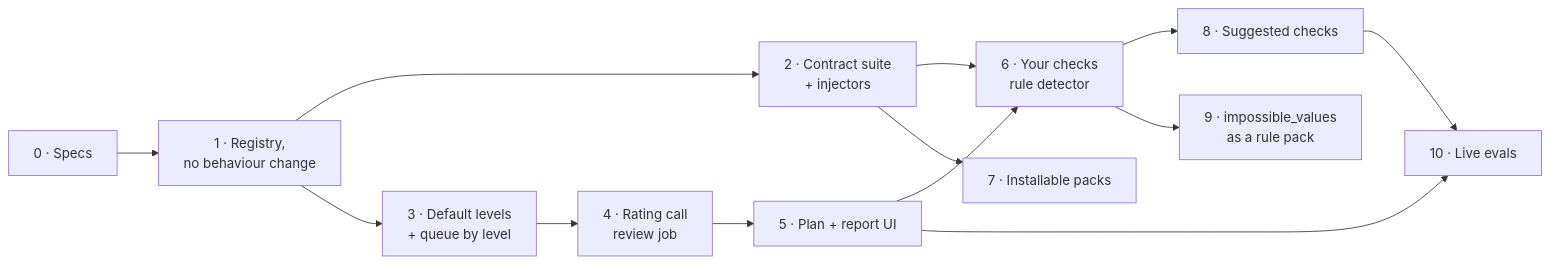
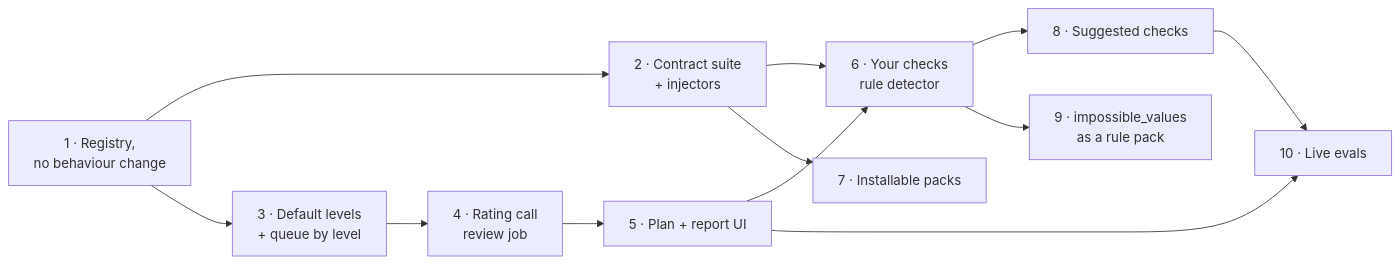
Before and after one commit to n1mk1/sherlock: diagram 16 of 16 in docs/plans/cleaner-detectors-and-severity.md, drawn with Mermaid. The commit also changed other lines of this file and 40 other files, not shown here.

First line of the commit message:
Add the detector registry and catalog, with no behaviour change (cleaner slice 1)

````diff
--- a/docs/plans/cleaner-detectors-and-severity.md
+++ b/docs/plans/cleaner-detectors-and-severity.md
@@ -887,15 +889,15 @@
 ```mermaid
 flowchart LR
-    S0[0 · Specs] --> S1["1 · Registry,<br/>no behaviour change"]
+    S1["1 · Registry,<br/>no behaviour change"]
     S1 --> S2["2 · Contract suite<br/>+ injectors"]
     S1 --> S3["3 · Default levels<br/>+ queue by level"]
     S3 --> S4["4 · Rating call<br/>review job"]
     S4 --> S5["5 · Plan + report UI"]
     S2 --> S6["6 · Your checks<br/>rule detector"]
     S5 --> S6
     S2 --> S7[7 · Installable packs]
     S6 --> S8[8 · Suggested checks]
     S6 --> S9["9 · impossible_values<br/>as a rule pack"]
     S5 --> S10[10 · Live evals]
     S8 --> S10
 ```
````
